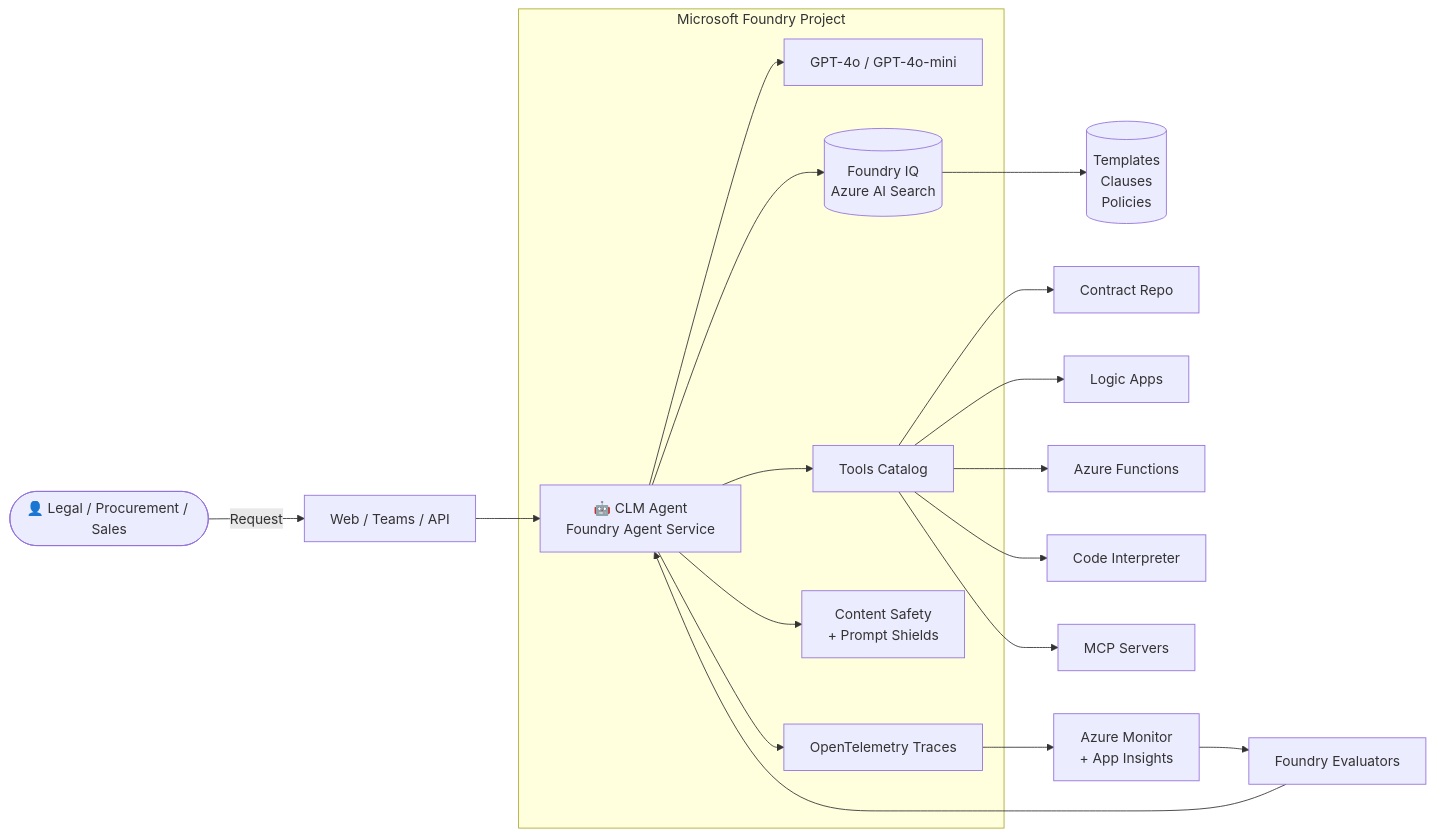
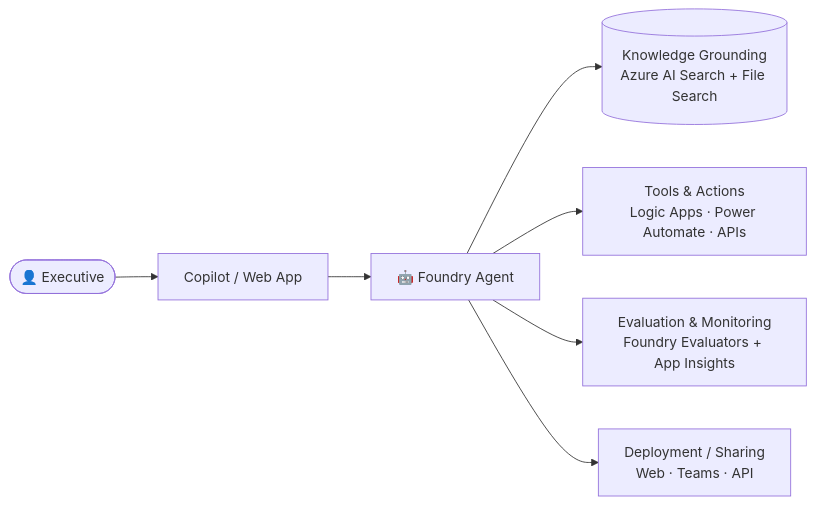
One commit to priyanka405/MS-Foundry-Microhack changed the second of 2 diagrams in README.md. Above: the diagram before and after it, drawn with Mermaid. The commit also changed other lines of this file and 10 other files, not shown here.

Commit message:
Add Executive Assistant Agent MicroHack (landing pages, 5 challenges, assets)

````diff
--- a/README.md
+++ b/README.md
@@ -26,24 +53,9 @@
 ```mermaid
 flowchart LR
-    User([👤 Legal / Procurement / Sales]) -->|Request| UI[Web / Teams / API]
-    UI --> Agent[🤖 CLM Agent<br/>Foundry Agent Service]
-
-    subgraph Foundry[Microsoft Foundry Project]
-        Agent --> Model[GPT-4o / GPT-4o-mini]
-        Agent --> IQ[(Foundry IQ<br/>Azure AI Search)]
-        Agent --> Tools[Tools Catalog]
-        Agent --> Guard[Content Safety<br/>+ Prompt Shields]
-        Agent --> Trace[OpenTelemetry Traces]
-    end
-
-    IQ --> Docs[(Templates<br/>Clauses<br/>Policies)]
-    Tools --> Repo[Contract Repo]
-    Tools --> Logic[Logic Apps]
-    Tools --> Fn[Azure Functions]
-    Tools --> CI[Code Interpreter]
-    Tools --> MCP[MCP Servers]
-
-    Trace --> Monitor[Azure Monitor<br/>+ App Insights]
-    Monitor --> Eval[Foundry Evaluators]
-    Eval --> Agent
+    U([👤 Executive]) --> Entry[Copilot / Web App]
+    Entry --> Agent[🤖 Foundry Agent]
+    Agent --> KG[(Knowledge Grounding<br/>Azure AI Search + File Search)]
+    Agent --> Tools[Tools & Actions<br/>Logic Apps · Power Automate · APIs]
+    Agent --> Eval[Evaluation & Monitoring<br/>Foundry Evaluators + App Insights]
+    Agent --> Deploy[Deployment / Sharing<br/>Web · Teams · API]
 ```
````
